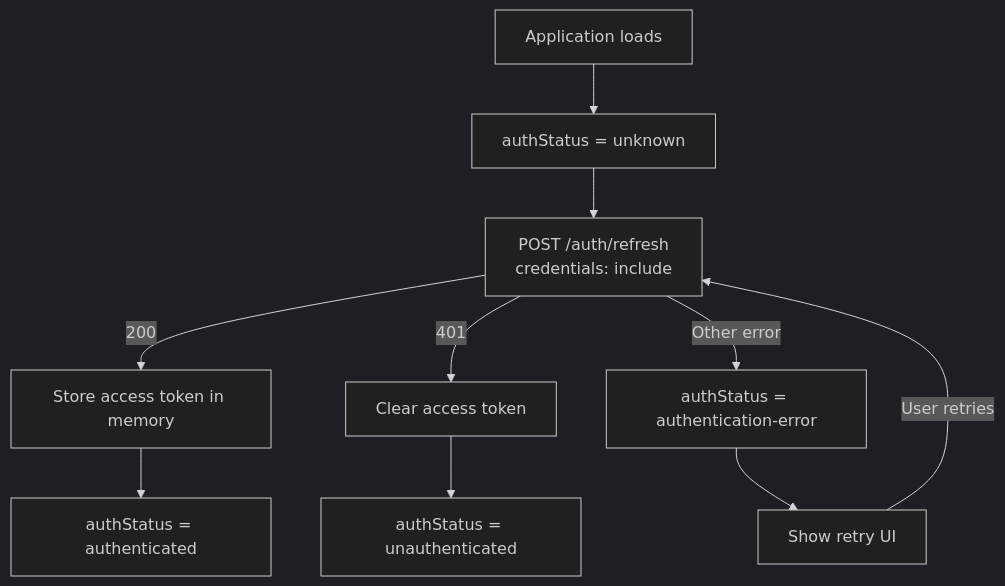
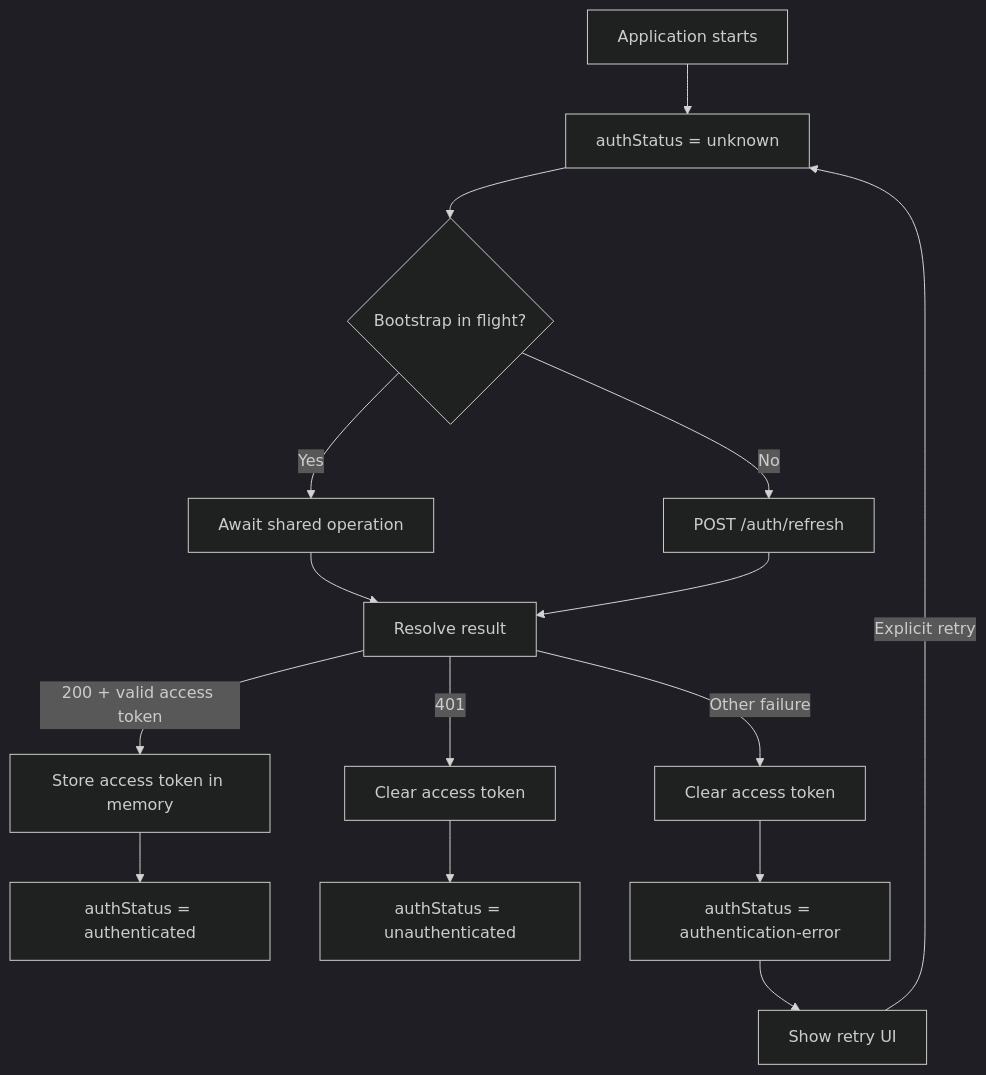
Before and after one commit to 0n6k4v-Coder/digital-publication-book-library: the first of 4 diagrams in docs/design/frontend/login.md, drawn with Mermaid (dark theme). The commit also changed other lines of this file, not shown here.

First line of the commit message:
docs(auth): define frontend login authentication contract

````diff
--- a/docs/design/frontend/login.md
+++ b/docs/design/frontend/login.md
@@ -130,12 +132,20 @@
 ```mermaid
 flowchart TD
-    A["Application loads"] --> B["authStatus = unknown"]
-    B --> C["POST /auth/refresh<br/>credentials: include"]
-    C -->|200| D["Store access token in memory"]
-    D --> E["authStatus = authenticated"]
-    C -->|401| F["Clear access token"]
-    F --> G["authStatus = unauthenticated"]
-    C -->|Other error| H["authStatus = authentication-error"]
-    H --> I["Show retry UI"]
-    I -->|User retries| C
+    A["Application starts"] --> B["authStatus = unknown"]
+    B --> C{"Bootstrap in flight?"}
+    C -->|Yes| D["Await shared operation"]
+    C -->|No| E["POST /auth/refresh"]
+    D --> F["Resolve result"]
+    E --> F
+
+    F -->|200 + valid access token| G["Store access token in memory"]
+    G --> H["authStatus = authenticated"]
+
+    F -->|401| I["Clear access token"]
+    I --> J["authStatus = unauthenticated"]
+
+    F -->|Other failure| K["Clear access token"]
+    K --> L["authStatus = authentication-error"]
+    L --> M["Show retry UI"]
+    M -->|Explicit retry| B
 ```
````
